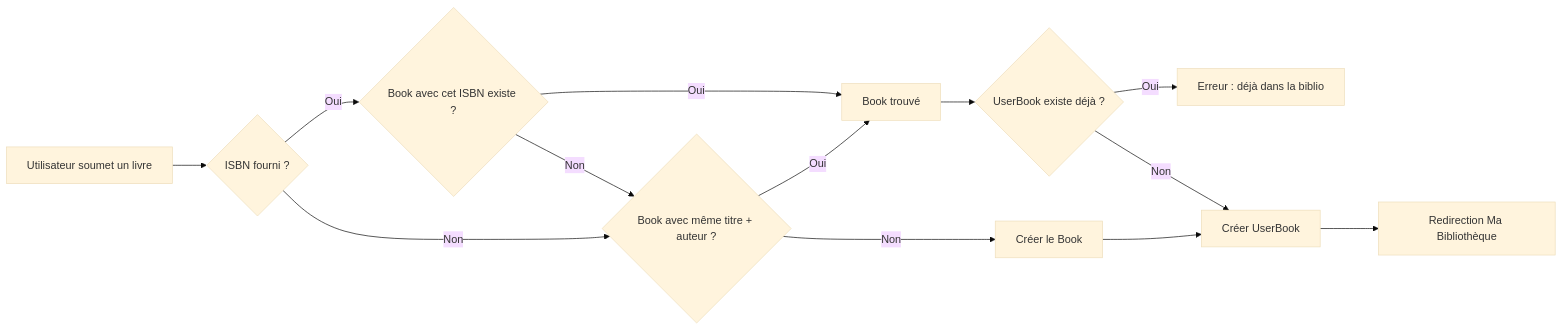
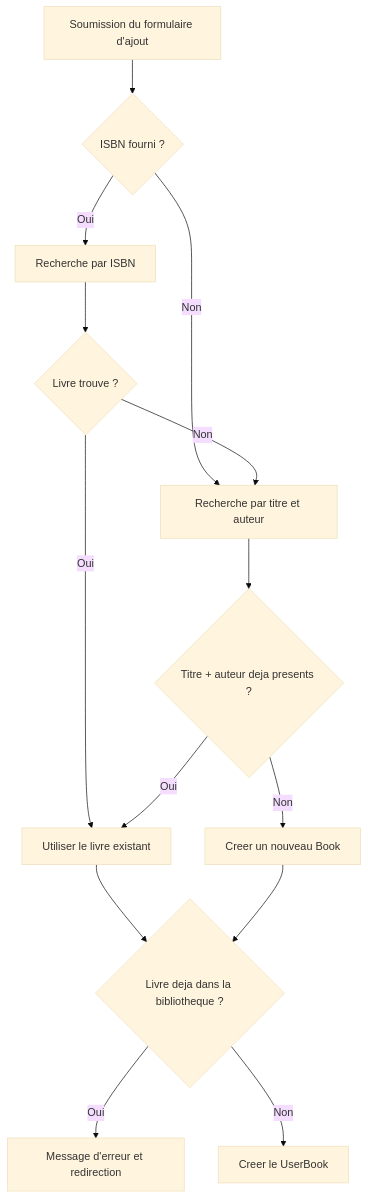
Before and after one commit to Tranck04/django-booknest-tracy-franck-mukendi: the third of 3 diagrams in doc/rapport-booknest.md, drawn with Mermaid (base theme). The commit also changed other lines of this file and 9 other files, not shown here.

````diff
--- a/doc/rapport-booknest.md
+++ b/doc/rapport-booknest.md
@@ -197,15 +209,16 @@
 ```mermaid
-flowchart LR
-    A[Utilisateur soumet un livre] --> B{ISBN fourni ?}
-    B -->|Oui| C{Book avec cet ISBN existe ?}
-    C -->|Oui| D[Book trouvé]
-    C -->|Non| E{Book avec même titre + auteur ?}
-    B -->|Non| E
-    E -->|Oui| D
-    E -->|Non| F[Créer le Book]
-    D --> G{UserBook existe déjà ?}
-    G -->|Oui| H[Erreur : déjà dans la biblio]
-    G -->|Non| I[Créer UserBook]
-    F --> I
-    I --> J[Redirection Ma Bibliothèque]
+flowchart TD
+    A[Soumission du formulaire d'ajout] --> B{ISBN fourni ?}
+    B -->|Oui| C[Recherche par ISBN]
+    B -->|Non| D[Recherche par titre et auteur]
+    C --> E{Livre trouve ?}
+    E -->|Non| D
+    E -->|Oui| F[Utiliser le livre existant]
+    D --> G{Titre + auteur deja presents ?}
+    G -->|Oui| F
+    G -->|Non| H[Creer un nouveau Book]
+    F --> I{Livre deja dans la bibliotheque ?}
+    H --> I
+    I -->|Oui| J[Message d'erreur et redirection]
+    I -->|Non| K[Creer le UserBook]
 ```
````
